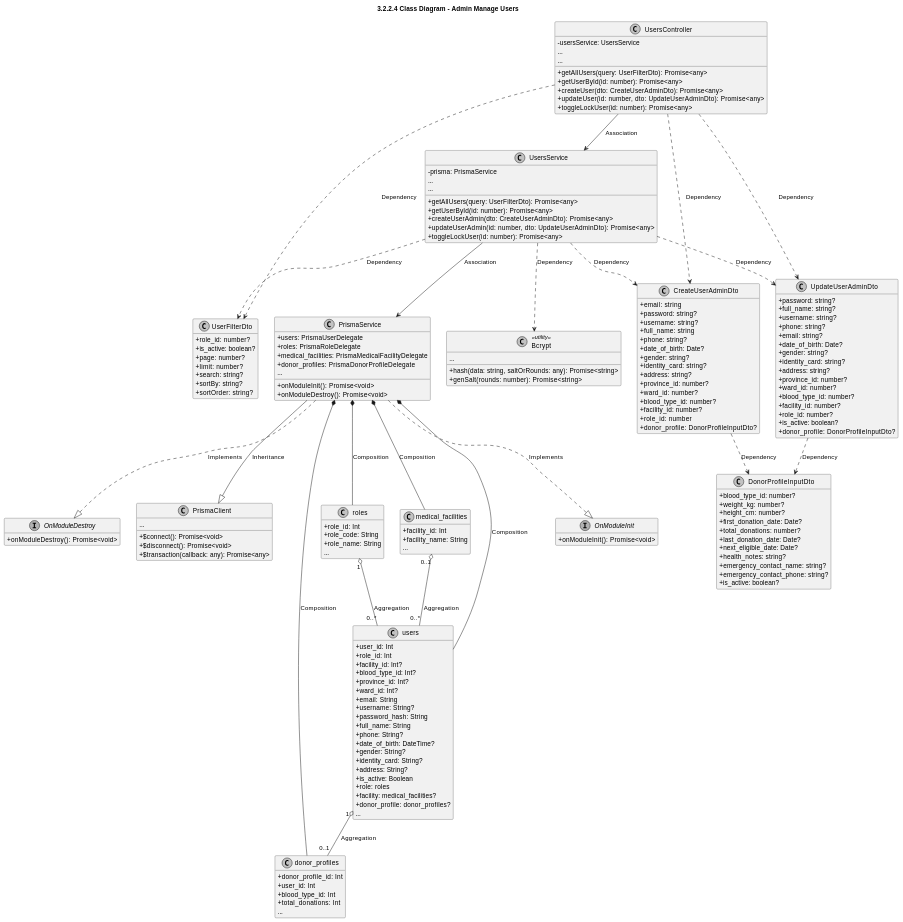
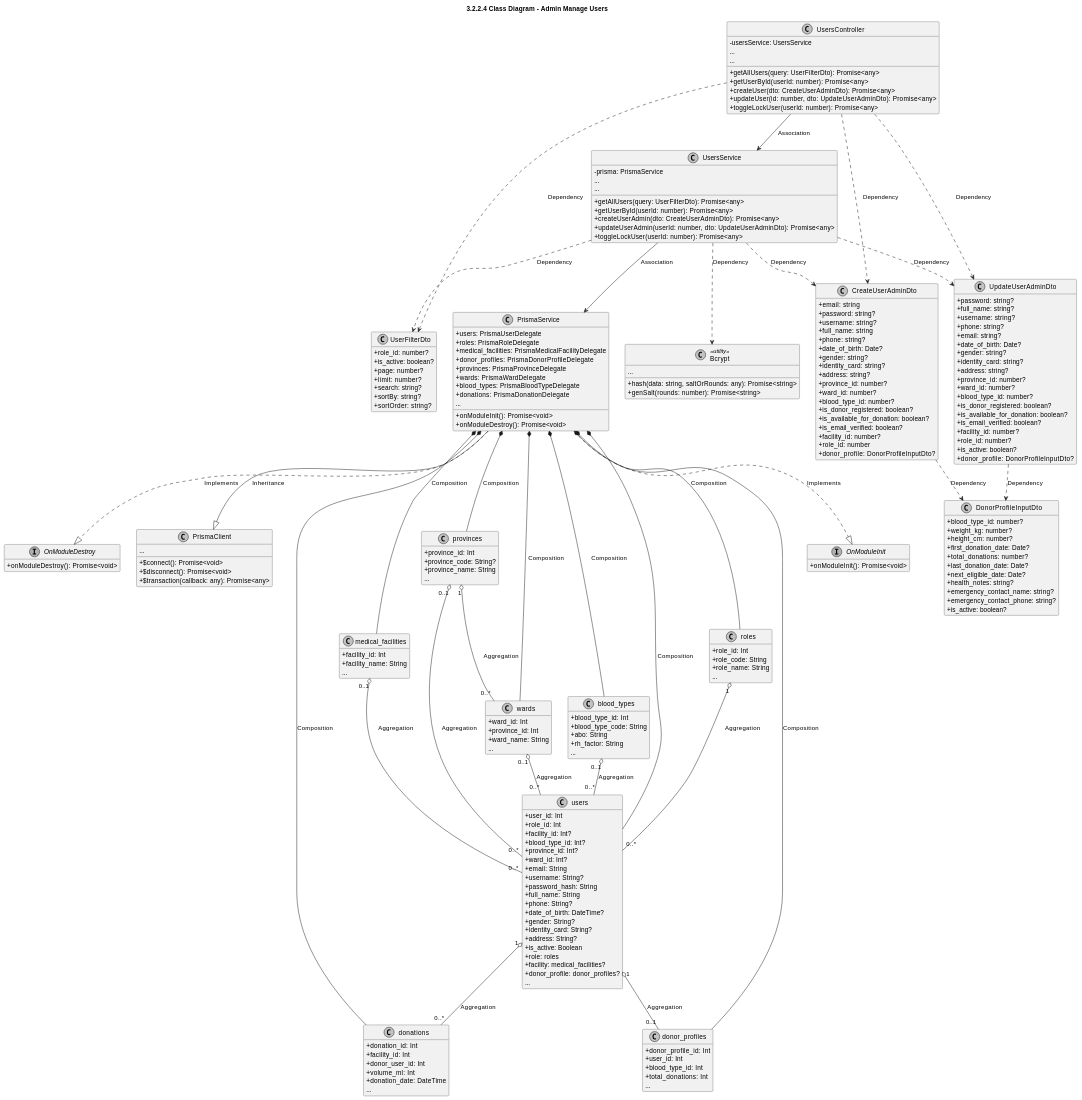
The fifth of 6 diagrams in modules_plantuml/02_users.md (CuongBC195/class-diagram-donation-blood), drawn with PlantUML before and after one commit. The commit also changed other lines of this file and 30 other files, not shown here.

Commit message:
fix(diagrams): achieve 100% capstone alignment with backend source code across all 13 modules

````diff
--- a/modules_plantuml/02_users.md
+++ b/modules_plantuml/02_users.md
@@ -684,10 +704,10 @@
   -usersService: UsersService
   ...
   +getAllUsers(query: UserFilterDto): Promise<any>
-  +getUserById(id: number): Promise<any>
+  +getUserById(userId: number): Promise<any>
   +createUser(dto: CreateUserAdminDto): Promise<any>
   +updateUser(id: number, dto: UpdateUserAdminDto): Promise<any>
-  +toggleLockUser(id: number): Promise<any>
+  +toggleLockUser(userId: number): Promise<any>
   ...
 }
 
@@ -728,6 +748,9 @@
   +province_id: number?
   +ward_id: number?
   +blood_type_id: number?
+  +is_donor_registered: boolean?
+  +is_available_for_donation: boolean?
+  +is_email_verified: boolean?
   +facility_id: number?
   +role_id: number
   +donor_profile: DonorProfileInputDto?
@@ -746,6 +769,9 @@
   +province_id: number?
   +ward_id: number?
   +blood_type_id: number?
+  +is_donor_registered: boolean?
+  +is_available_for_donation: boolean?
+  +is_email_verified: boolean?
   +facility_id: number?
   +role_id: number?
   +is_active: boolean?
@@ -756,10 +782,10 @@
   -prisma: PrismaService
   ...
   +getAllUsers(query: UserFilterDto): Promise<any>
-  +getUserById(id: number): Promise<any>
+  +getUserById(userId: number): Promise<any>
   +createUserAdmin(dto: CreateUserAdminDto): Promise<any>
-  +updateUserAdmin(id: number, dto: UpdateUserAdminDto): Promise<any>
-  +toggleLockUser(id: number): Promise<any>
+  +updateUserAdmin(userId: number, dto: UpdateUserAdminDto): Promise<any>
+  +toggleLockUser(userId: number): Promise<any>
   ...
 }
 
@@ -789,6 +815,10 @@
   +roles: PrismaRoleDelegate
   +medical_facilities: PrismaMedicalFacilityDelegate
   +donor_profiles: PrismaDonorProfileDelegate
+  +provinces: PrismaProvinceDelegate
+  +wards: PrismaWardDelegate
+  +blood_types: PrismaBloodTypeDelegate
+  +donations: PrismaDonationDelegate
   ...
   +onModuleInit(): Promise<void>
   +onModuleDestroy(): Promise<void>
@@ -830,6 +860,37 @@
   ...
 }
 
+class provinces {
+  +province_id: Int
+  +province_code: String?
+  +province_name: String
+  ...
+}
+
+class wards {
+  +ward_id: Int
+  +province_id: Int
+  +ward_name: String
+  ...
+}
+
+class blood_types {
+  +blood_type_id: Int
+  +blood_type_code: String
+  +abo: String
+  +rh_factor: String
+  ...
+}
+
+class donations {
+  +donation_id: Int
+  +facility_id: Int
+  +donor_user_id: Int
+  +volume_ml: Int
+  +donation_date: DateTime
+  ...
+}
+
 class donor_profiles {
   +donor_profile_id: Int
   +user_id: Int
@@ -859,5 +920,14 @@
 roles "1" o-- "0..*" users : Aggregation
 medical_facilities "0..1" o-- "0..*" users : Aggregation
 users "1" o-- "0..1" donor_profiles : Aggregation
+PrismaService *-- provinces : Composition
+PrismaService *-- wards : Composition
+PrismaService *-- blood_types : Composition
+PrismaService *-- donations : Composition
+provinces "1" o-- "0..*" wards : Aggregation
+provinces "0..1" o-- "0..*" users : Aggregation
+wards "0..1" o-- "0..*" users : Aggregation
+blood_types "0..1" o-- "0..*" users : Aggregation
+users "1" o-- "0..*" donations : Aggregation
 @enduml
 ```
````
